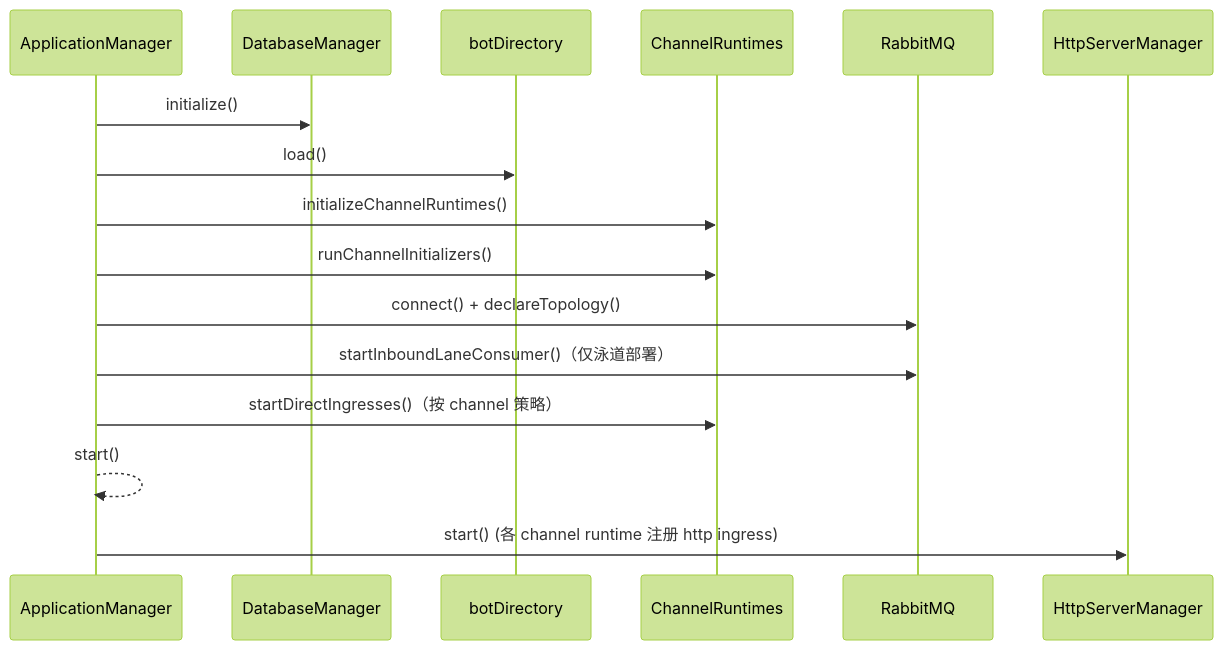
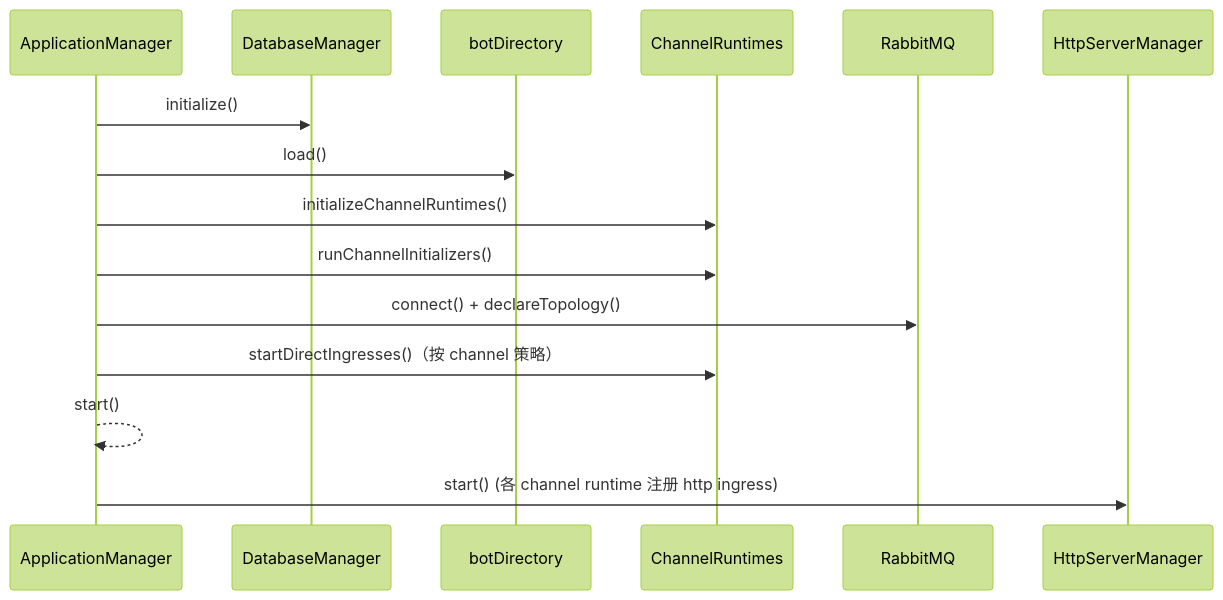
The diagram in apps/channel-server/src/startup/README.md (bezhai/chiwei-platform), drawn with Mermaid (forest theme) before and after one commit. The commit also changed other lines of this file and 50 other files, not shown here.

````diff
--- a/apps/channel-server/src/startup/README.md
+++ b/apps/channel-server/src/startup/README.md
@@ -17,19 +17,18 @@
 ```mermaid
 sequenceDiagram
   participant App as ApplicationManager
   participant DB as DatabaseManager
   participant Bot as botDirectory
   participant Runtime as ChannelRuntimes
   participant MQ as RabbitMQ
   participant HTTP as HttpServerManager
 
   App->>DB: initialize()
   App->>Bot: load()
   App->>Runtime: initializeChannelRuntimes()
   App->>Runtime: runChannelInitializers()
   App->>MQ: connect() + declareTopology()
-  App->>MQ: startInboundLaneConsumer()（仅泳道部署）
   App->>Runtime: startDirectIngresses()（按 channel 策略）
   App-->>App: start()
   App->>HTTP: start() (各 channel runtime 注册 http ingress)
 ```
````
